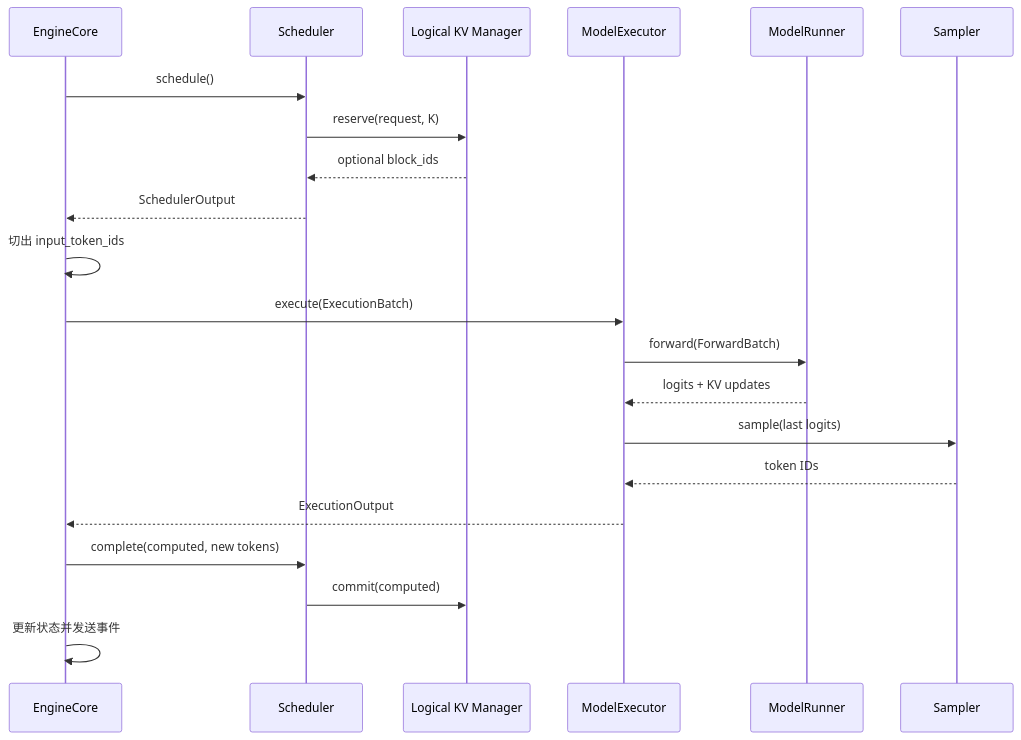
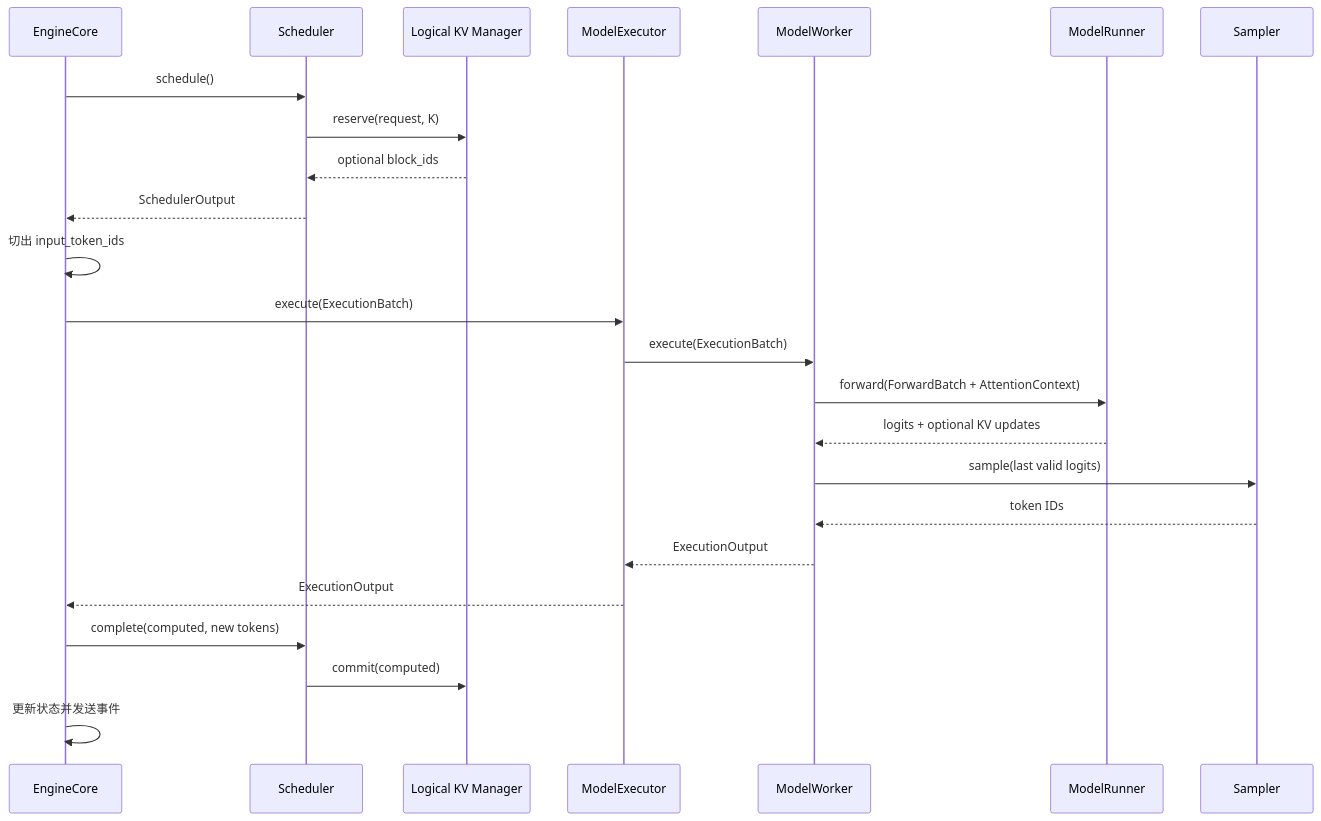
Before and after one commit to poorpaper/light-vllm: the second of 3 diagrams in docs/design.md, drawn with Mermaid. The commit also changed other lines of this file and 4 other files, not shown here.

Commit message:
docs: define paged worker architecture

````diff
--- a/docs/design.md
+++ b/docs/design.md
@@ -90,24 +101,27 @@
 ```mermaid
 sequenceDiagram
     participant E as EngineCore
     participant S as Scheduler
     participant K as Logical KV Manager
     participant X as ModelExecutor
+    participant W as ModelWorker
     participant M as ModelRunner
     participant P as Sampler
 
     E->>S: schedule()
     S->>K: reserve(request, K)
     K-->>S: optional block_ids
     S-->>E: SchedulerOutput
     E->>E: 切出 input_token_ids
     E->>X: execute(ExecutionBatch)
-    X->>M: forward(ForwardBatch)
-    M-->>X: logits + KV updates
-    X->>P: sample(last logits)
-    P-->>X: token IDs
+    X->>W: execute(ExecutionBatch)
+    W->>M: forward(ForwardBatch + AttentionContext)
+    M-->>W: logits + optional KV updates
+    W->>P: sample(last valid logits)
+    P-->>W: token IDs
+    W-->>X: ExecutionOutput
     X-->>E: ExecutionOutput
     E->>S: complete(computed, new tokens)
     S->>K: commit(computed)
     E->>E: 更新状态并发送事件
 ```
````
